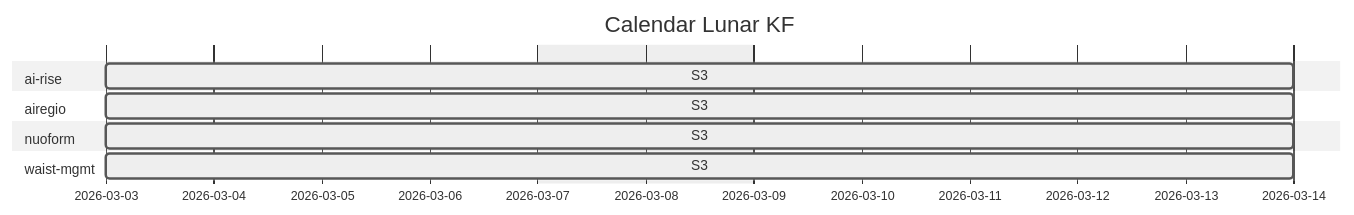
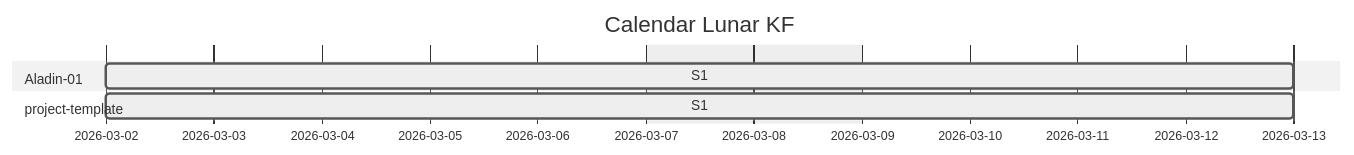
The second of 2 diagrams in docs/unified-calendar.md (Katty-Fashion/kf-cpto), drawn with Mermaid (neutral theme) before and after one commit. The commit also changed other lines of this file and 5 other files, not shown here.

````diff
--- a/docs/unified-calendar.md
+++ b/docs/unified-calendar.md
@@ -22,15 +22,11 @@
 ```mermaid
 gantt
     title Calendar Lunar KF
     dateFormat YYYY-MM-DD
     excludes weekends
 
-    section ai-rise
-    S3 :active, 2026-03-03, 2026-03-14
-    section airegio
-    S3 :active, 2026-03-03, 2026-03-14
-    section nuoform
-    S3 :active, 2026-03-03, 2026-03-14
-    section waist-mgmt
-    S3 :active, 2026-03-03, 2026-03-14
+    section Aladin-01
+    S1 :active, 2026-03-02, 2026-03-13
+    section project-template
+    S1 :active, 2026-03-02, 2026-03-13
 ```
````
